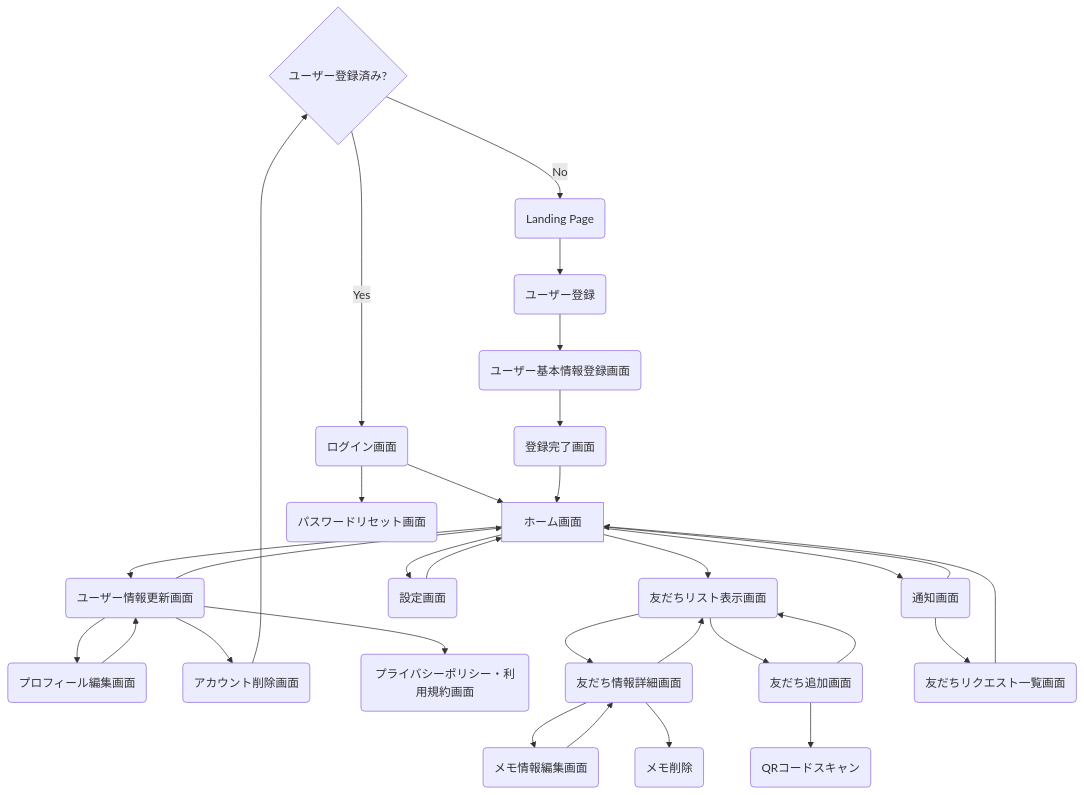
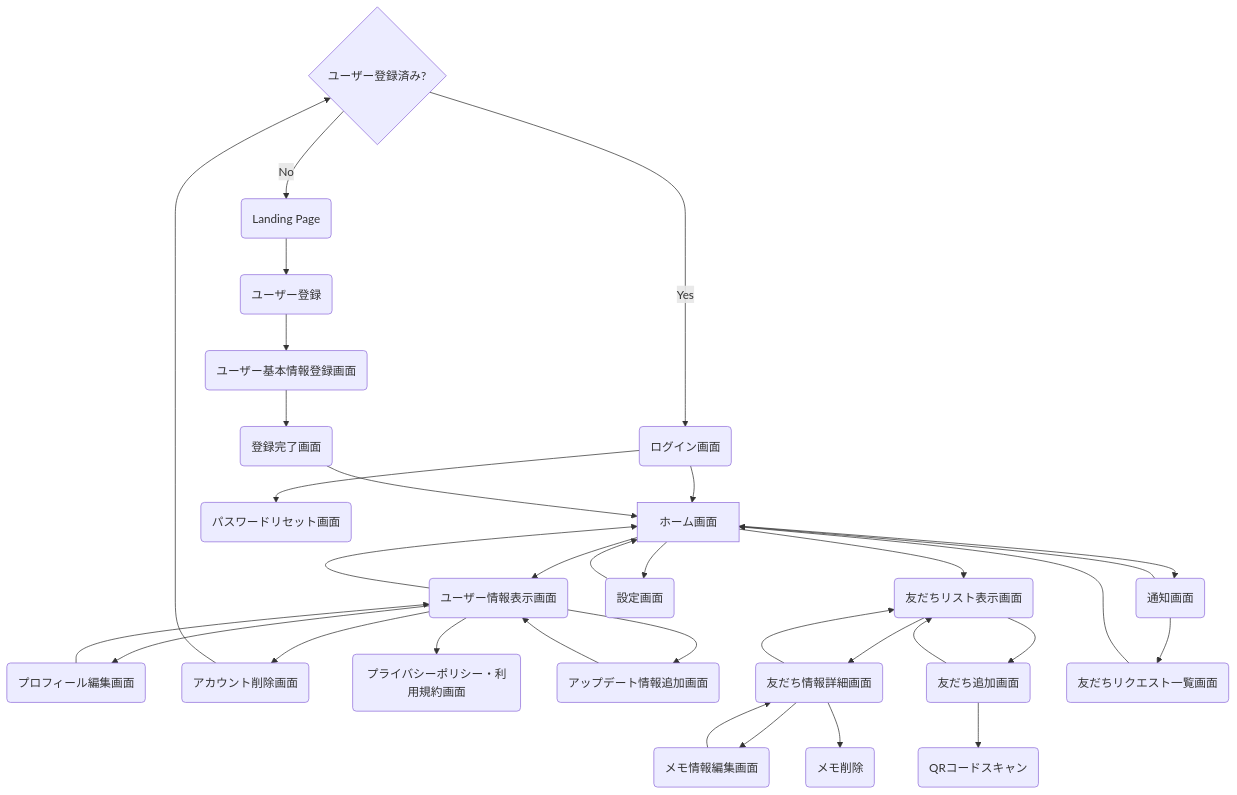
Before and after one commit to hamatz/tech_doc: the first of 2 diagrams in android_text.md, drawn with Mermaid. The commit also changed other lines of this file, not shown here.

````diff
--- a/android_text.md
+++ b/android_text.md
@@ -174,33 +174,35 @@
 ```mermaid
 graph TD
     A{ユーザー登録済み?} -->|Yes| L(ログイン画面)
     A -->|No| B(Landing Page)
     L --> E[ホーム画面]
     L --> P(パスワードリセット画面)
     B --> R(ユーザー登録)
     R --> C(ユーザー基本情報登録画面)
     C --> D(登録完了画面)
     D --> E
-    E --> F(ユーザー情報更新画面)
+    E --> F(ユーザー情報表示画面)
     E --> G(友だちリスト表示画面)
     E --> S(設定画面)
     E --> N(通知画面)
     F --> U(プロフィール編集画面)
     F --> V(アカウント削除画面)
     F --> W(プライバシーポリシー・利用規約画面)
+    F --> X(アップデート情報追加画面)
     F --> E
     G --> H(友だち情報詳細画面)
     G --> I(友だち追加画面)
     H --> J(メモ情報編集画面)
     H --> K(メモ削除)
     H --> G
     J --> H
     I --> Q(QRコードスキャン)
     I --> G
     N --> O(友だちリクエスト一覧画面)
     N --> E
     O --> E
     S --> E
     U --> F
     V --> A
+    X --> F
 ```
````
